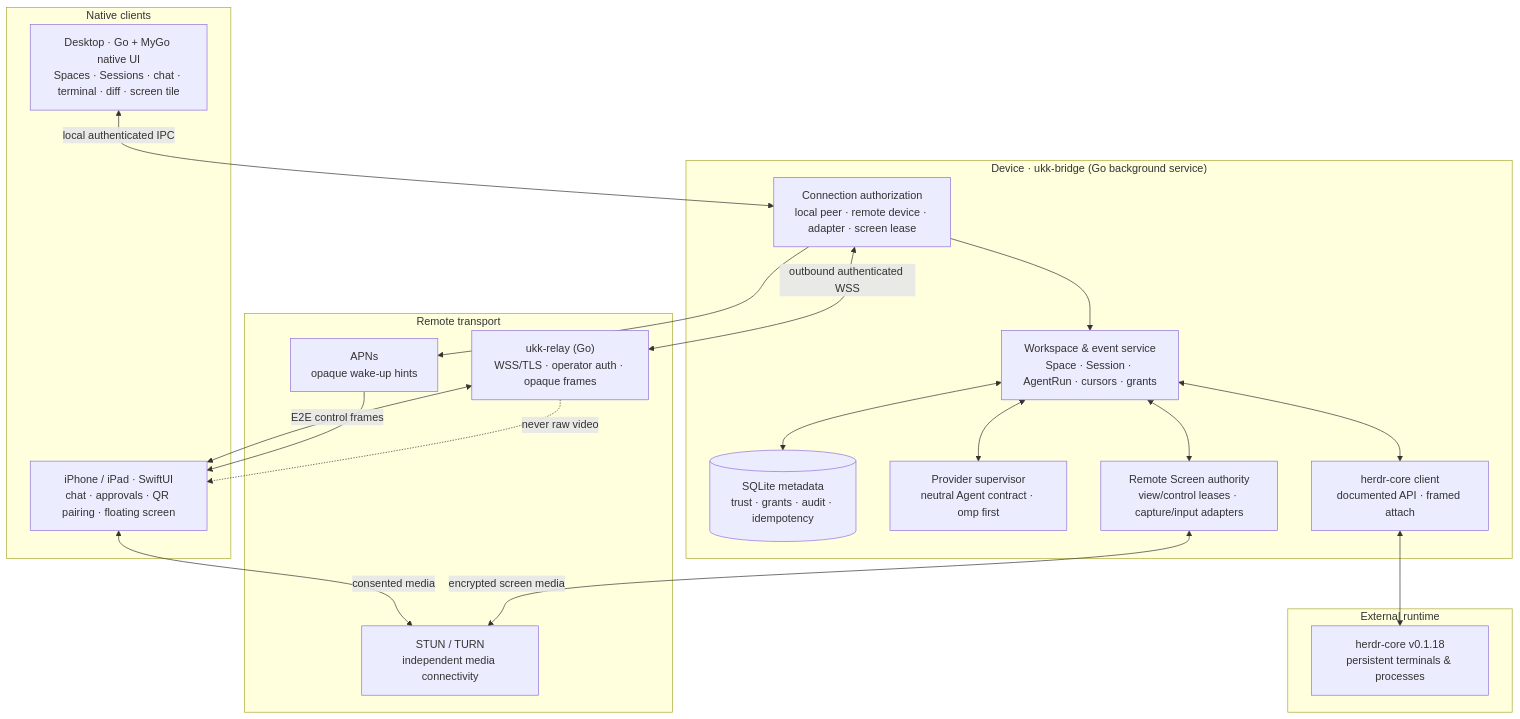
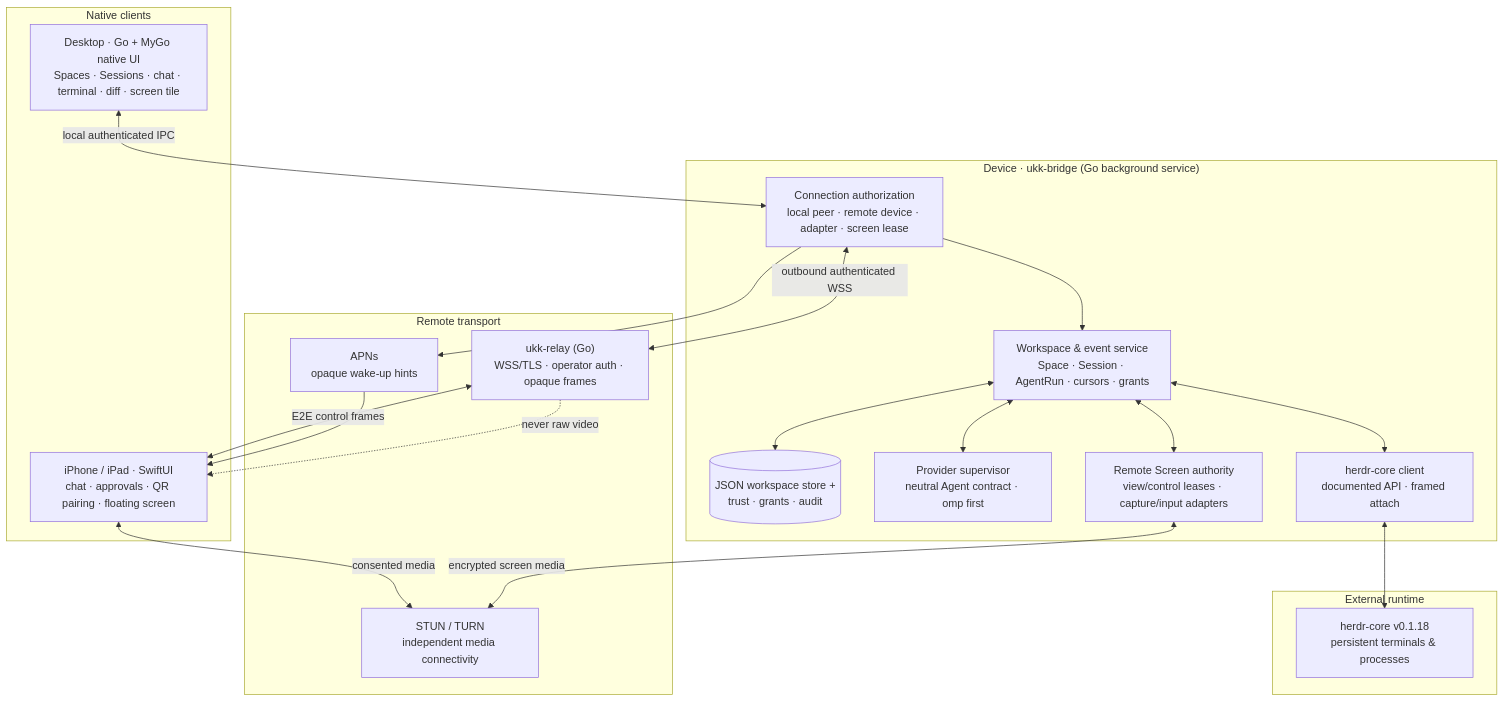
One commit to suj1e/ukk changed the diagram in docs/tech-design.md. Above: the diagram before and after it, drawn with Mermaid. The commit also changed other lines of this file and 4 other files, not shown here.

````diff
--- a/docs/tech-design.md
+++ b/docs/tech-design.md
@@ -20,41 +20,41 @@
 ```mermaid
 flowchart TB
   subgraph Clients["Native clients"]
     D["Desktop · Go + MyGo native UI<br/>Spaces · Sessions · chat · terminal · diff · screen tile"]
     I["iPhone / iPad · SwiftUI<br/>chat · approvals · QR pairing · floating screen"]
   end
 
   subgraph Local["Device · ukk-bridge (Go background service)"]
     AUTH["Connection authorization<br/>local peer · remote device · adapter · screen lease"]
     MODEL["Workspace & event service<br/>Space · Session · AgentRun · cursors · grants"]
-    STORE[("SQLite metadata<br/>trust · grants · audit · idempotency")]
+    STORE[("JSON workspace store +<br/>trust · grants · audit")]
     PROV["Provider supervisor<br/>neutral Agent contract · omp first"]
     HC["herdr-core client<br/>documented API · framed attach"]
     SCR["Remote Screen authority<br/>view/control leases · capture/input adapters"]
     AUTH --> MODEL
     MODEL <--> STORE
     MODEL <--> PROV
     MODEL <--> HC
     MODEL <--> SCR
   end
 
   subgraph Runtime["External runtime"]
     CORE["herdr-core v0.1.18<br/>persistent terminals & processes"]
   end
 
   subgraph Network["Remote transport"]
     RELAY["ukk-relay (Go)<br/>WSS/TLS · operator auth · opaque frames"]
     MEDIA["STUN / TURN<br/>independent media connectivity"]
     PUSH["APNs<br/>opaque wake-up hints"]
   end
 
   D <--> |"local authenticated IPC"| AUTH
   I <--> |"E2E control frames"| RELAY
   AUTH <--> |"outbound authenticated WSS"| RELAY
   RELAY -.-> |"never raw video"| I
   SCR <--> |"encrypted screen media"| MEDIA
   I <--> |"consented media"| MEDIA
   HC <--> CORE
   AUTH --> PUSH
   PUSH --> I
 ```
````
